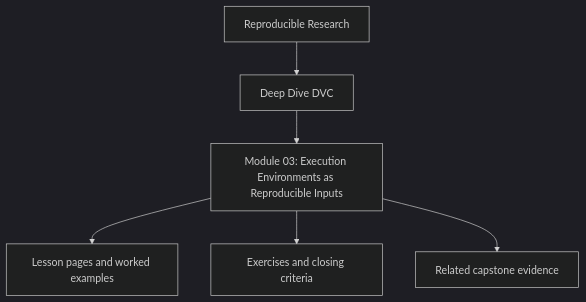
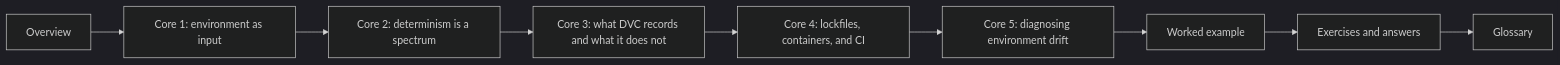
One commit to bijux/bijux-masterclass changed the diagram in programs/reproducible-research/deep-dive-dvc/course-book/module-03-execution-environments-reproducible-inputs/index.md. Above: the diagram before and after it, drawn with Mermaid (dark theme). The commit also changed other lines of this file, not shown here.

Commit message:
docs(dvc-module-03): rewrite overview as module map

````diff
--- a/programs/reproducible-research/deep-dive-dvc/course-book/module-03-execution-environments-reproducible-inputs/index.md
+++ b/programs/reproducible-research/deep-dive-dvc/course-book/module-03-execution-environments-reproducible-inputs/index.md
@@ -7,8 +41,11 @@
 ```mermaid
-flowchart TD
-  family["Reproducible Research"] --> program["Deep Dive DVC"]
-  program --> module["Module 03: Execution Environments as Reproducible Inputs"]
-  module --> lessons["Lesson pages and worked examples"]
-  module --> checkpoints["Exercises and closing criteria"]
-  module --> capstone["Related capstone evidence"]
+flowchart LR
+  overview["Overview"] --> core1["Core 1: environment as input"]
+  core1 --> core2["Core 2: determinism is a spectrum"]
+  core2 --> core3["Core 3: what DVC records and what it does not"]
+  core3 --> core4["Core 4: lockfiles, containers, and CI"]
+  core4 --> core5["Core 5: diagnosing environment drift"]
+  core5 --> example["Worked example"]
+  example --> practice["Exercises and answers"]
+  practice --> glossary["Glossary"]
 ```
````
